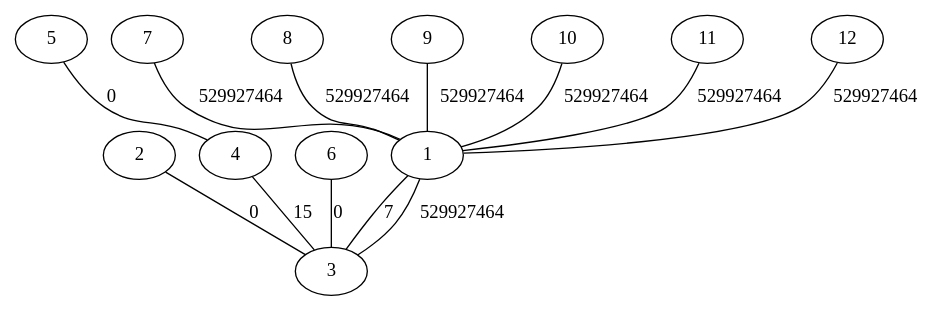
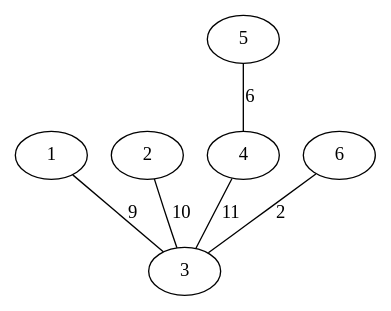
Before and after one commit to luscasos/OrdenacaoTopologica: the diagram in grafobfs.dot, drawn with Graphviz. The commit also changed 3 other files, not shown here.

```diff
--- a/grafobfs.dot
+++ b/grafobfs.dot
@@ -1,14 +1,7 @@
 graph {
-	1 -- 3 [label = 7];
-	2 -- 3 [label = 0];
-	3 -- 1 [label = 529927464];
-	4 -- 3 [label = 15];
-	5 -- 4 [label = 0];
-	6 -- 3 [label = 0];
-	7 -- 1 [label = 529927464];
-	8 -- 1 [label = 529927464];
-	9 -- 1 [label = 529927464];
-	10 -- 1 [label = 529927464];
-	11 -- 1 [label = 529927464];
-	12 -- 1 [label = 529927464];
+	1 -- 3 [label = 9];
+	2 -- 3 [label = 10];
+	4 -- 3 [label = 11];
+	5 -- 4 [label = 6];
+	6 -- 3 [label = 2];
 }
```
